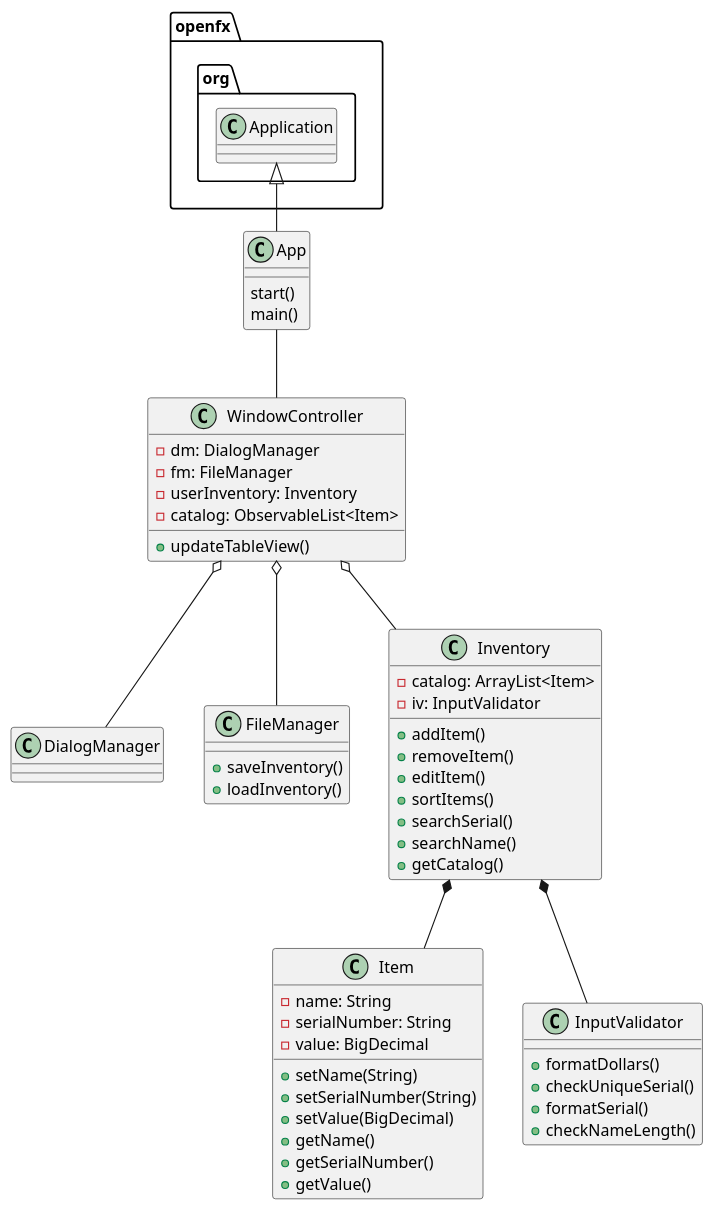
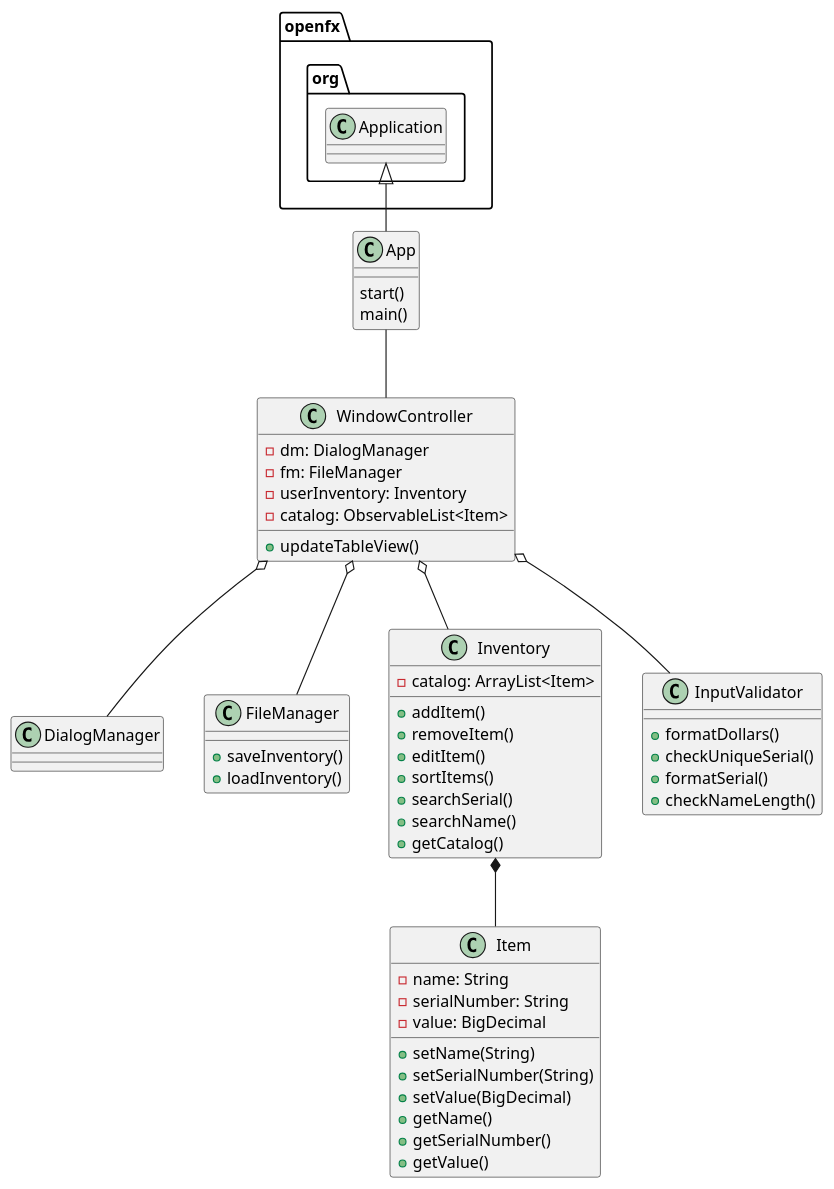
The diagram in uml/Inventory.puml (kingraham228/Ingraham-7945-a5), drawn with PlantUML before and after one commit. The commit also changed 2 other files, not shown here.

Commit message:
Basic add item. No input validation.

```diff
--- a/uml/Inventory.puml
+++ b/uml/Inventory.puml
@@ -1,64 +1,63 @@
 @startuml
 class App{
 start()
 main()
 }
 
 class WindowController{
 - dm: DialogManager
 - fm: FileManager
 - userInventory: Inventory
 - catalog: ObservableList<Item>
 
 +updateTableView()
 }
 
 class DialogManager{
 }
 
 class FileManager{
 +saveInventory()
 +loadInventory()
 }
 
 class Inventory{
 - catalog: ArrayList<Item>
-- iv: InputValidator
 
 +addItem()
 +removeItem()
 +editItem()
 +sortItems()
 +searchSerial()
 +searchName()
 +getCatalog()
 }
 
 class Item{
 -name: String
 -serialNumber: String
 -value: BigDecimal
 
 +setName(String)
 +setSerialNumber(String)
 +setValue(BigDecimal)
 +getName()
 +getSerialNumber()
 +getValue()
 }
 
 class InputValidator{
 + formatDollars()
 + checkUniqueSerial()
 + formatSerial()
 + checkNameLength()
 }
 
 openfx.org.Application <|-- App
 App -- WindowController
 WindowController o-- DialogManager
 WindowController o-- FileManager
 WindowController o-- Inventory
 Inventory *-- Item
-Inventory *-- InputValidator
+WindowController o-- InputValidator
 @enduml
```
